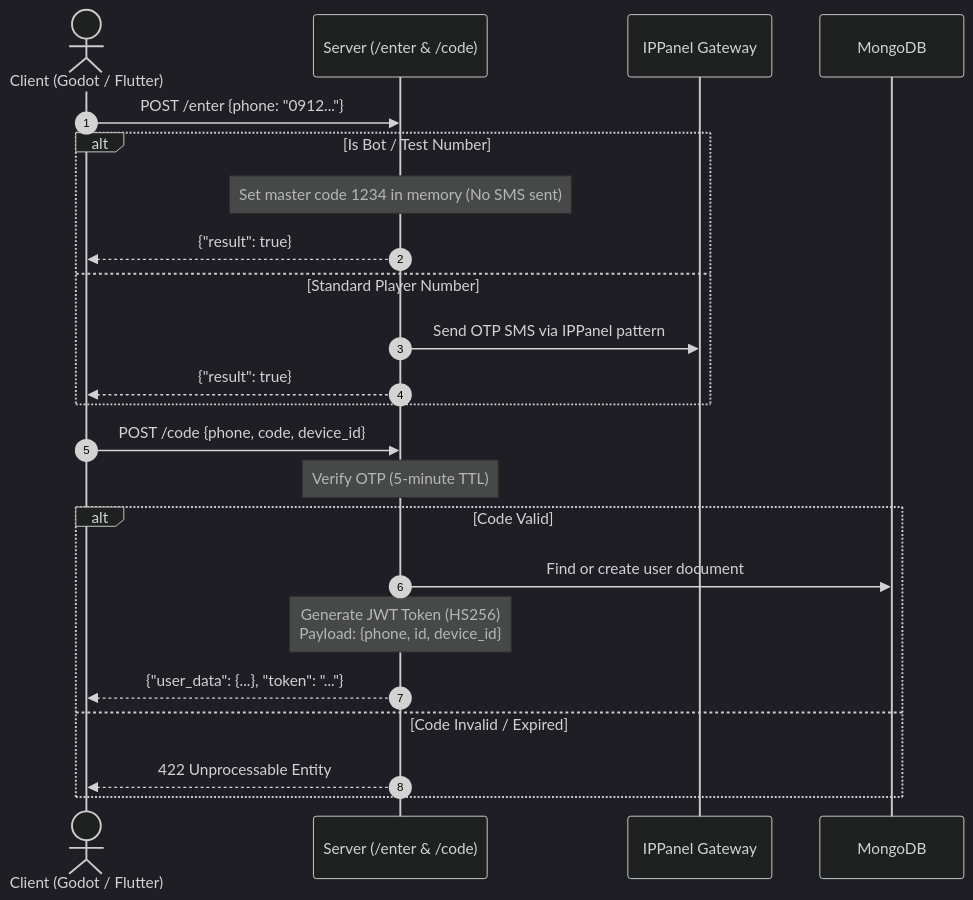
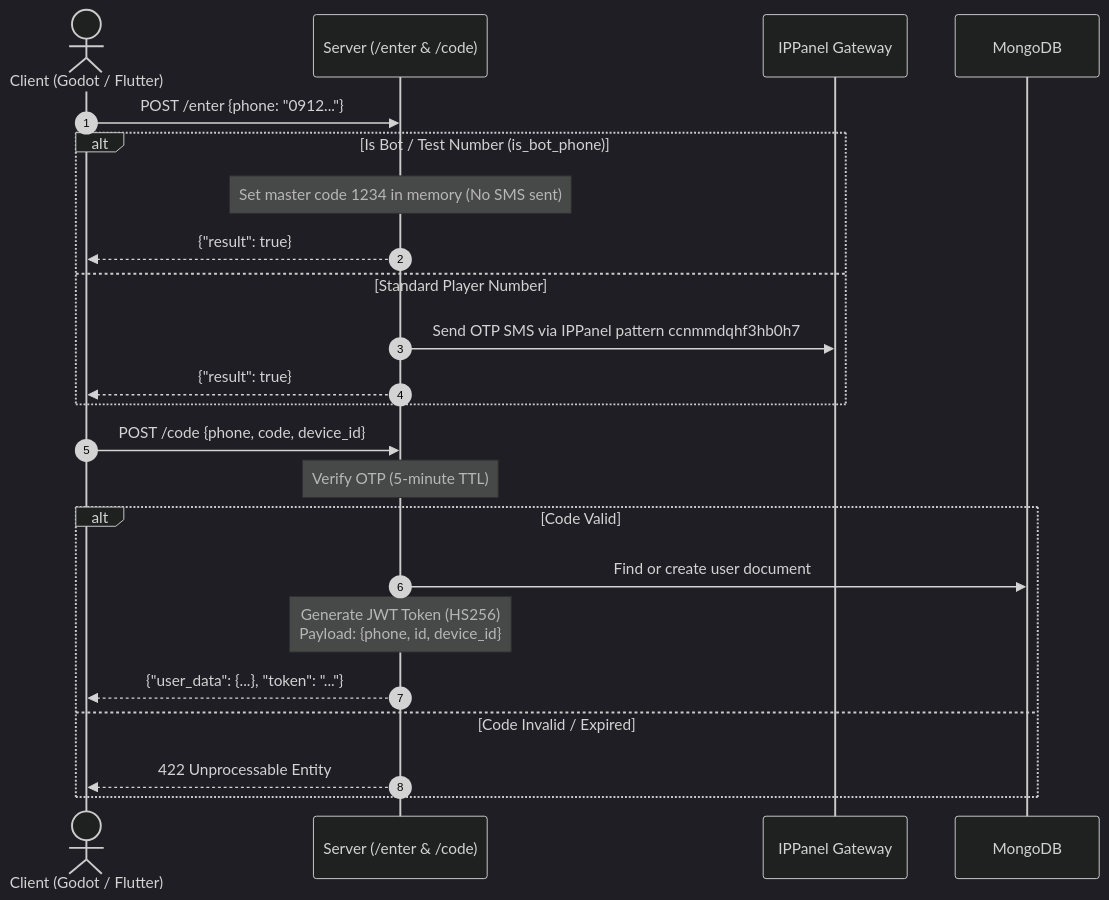
Before and after one commit to erfanh3h/kafehfekrserver: the diagram in README.md, drawn with Mermaid (dark theme). The commit also changed other lines of this file, not shown here.

````diff
--- a/README.md
+++ b/README.md
@@ -116,27 +228,27 @@
 ```mermaid
 sequenceDiagram
     autonumber
     actor C as Client (Godot / Flutter)
     participant S as Server (/enter & /code)
     participant SMS as IPPanel Gateway
     participant DB as MongoDB
 
     C->>S: POST /enter {phone: "0912..."}
-    alt Is Bot / Test Number
+    alt Is Bot / Test Number (is_bot_phone)
         Note over S: Set master code 1234 in memory (No SMS sent)
         S-->>C: {"result": true}
     else Standard Player Number
-        S->>SMS: Send OTP SMS via IPPanel pattern
+        S->>SMS: Send OTP SMS via IPPanel pattern ccnmmdqhf3hb0h7
         S-->>C: {"result": true}
     end
 
     C->>S: POST /code {phone, code, device_id}
     Note over S: Verify OTP (5-minute TTL)
     alt Code Valid
         S->>DB: Find or create user document
         Note over S: Generate JWT Token (HS256)<br/>Payload: {phone, id, device_id}
         S-->>C: {"user_data": {...}, "token": "..."}
     else Code Invalid / Expired
         S-->>C: 422 Unprocessable Entity
     end
 ```
````
